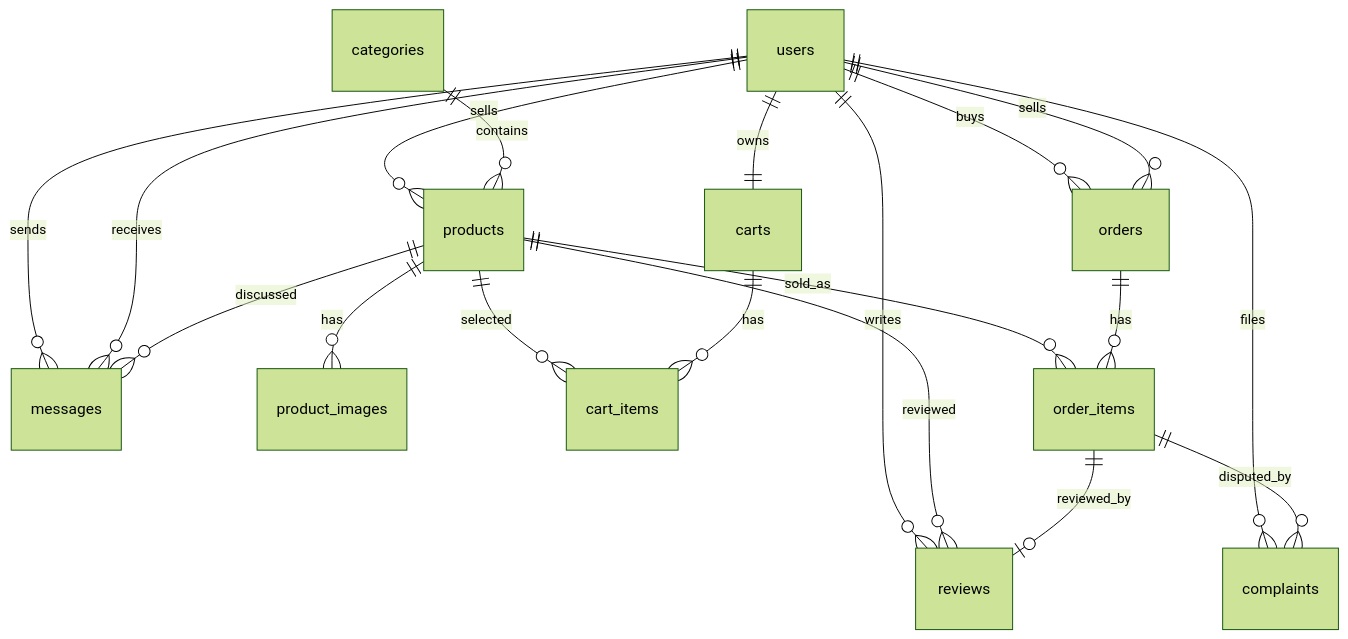
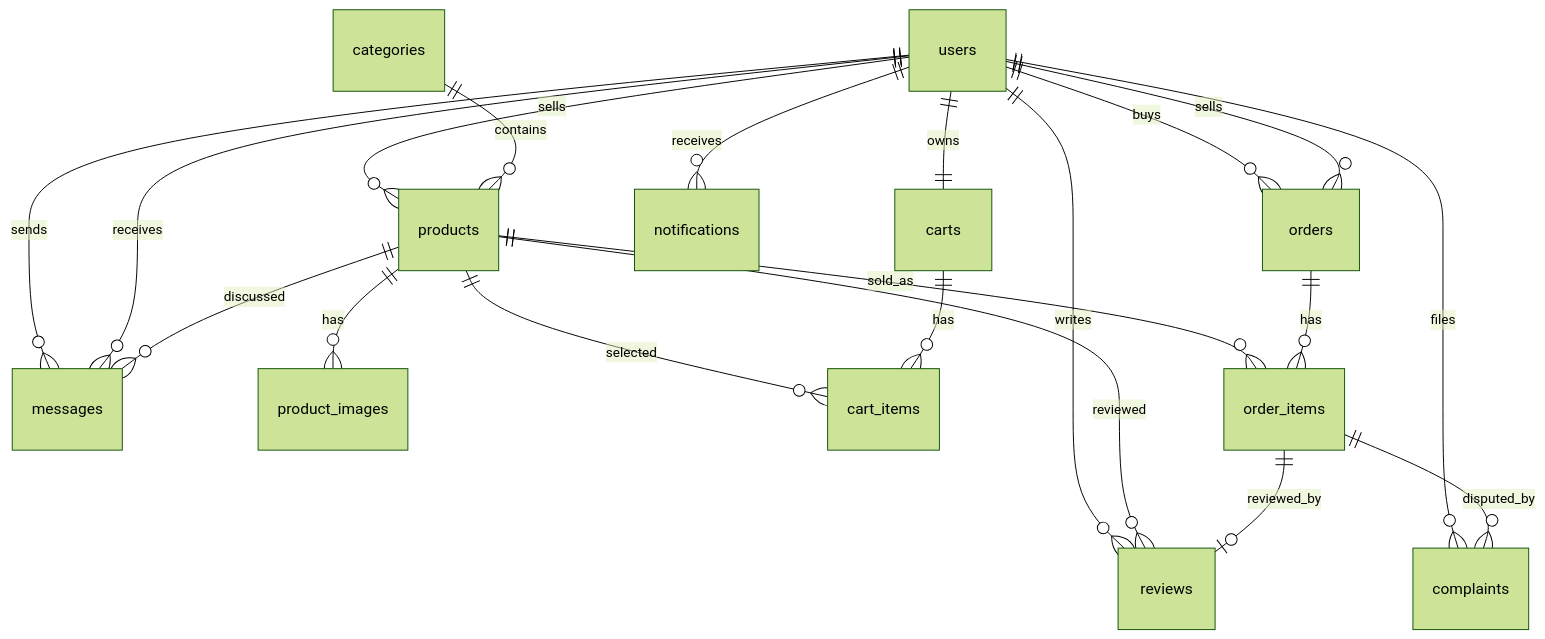
One commit to nguyenanhquan060205-lab/LTMNM-TMDT changed the diagram in docs/database/erd-v2.md. Above: the diagram before and after it, drawn with Mermaid (forest theme). The commit also changed 61 other files, not shown here.

````diff
--- a/docs/database/erd-v2.md
+++ b/docs/database/erd-v2.md
@@ -5,21 +5,22 @@
 ```mermaid
 erDiagram
     users ||--o{ products : sells
     users ||--|| carts : owns
     users ||--o{ orders : buys
     users ||--o{ orders : sells
     users ||--o{ reviews : writes
     users ||--o{ complaints : files
     users ||--o{ messages : sends
     users ||--o{ messages : receives
+    users ||--o{ notifications : receives
     categories ||--o{ products : contains
     products ||--o{ product_images : has
     products ||--o{ cart_items : selected
     products ||--o{ order_items : sold_as
     products ||--o{ reviews : reviewed
     products ||--o{ messages : discussed
     carts ||--o{ cart_items : has
     orders ||--o{ order_items : has
     order_items ||--o| reviews : reviewed_by
     order_items ||--o{ complaints : disputed_by
 ```
````
